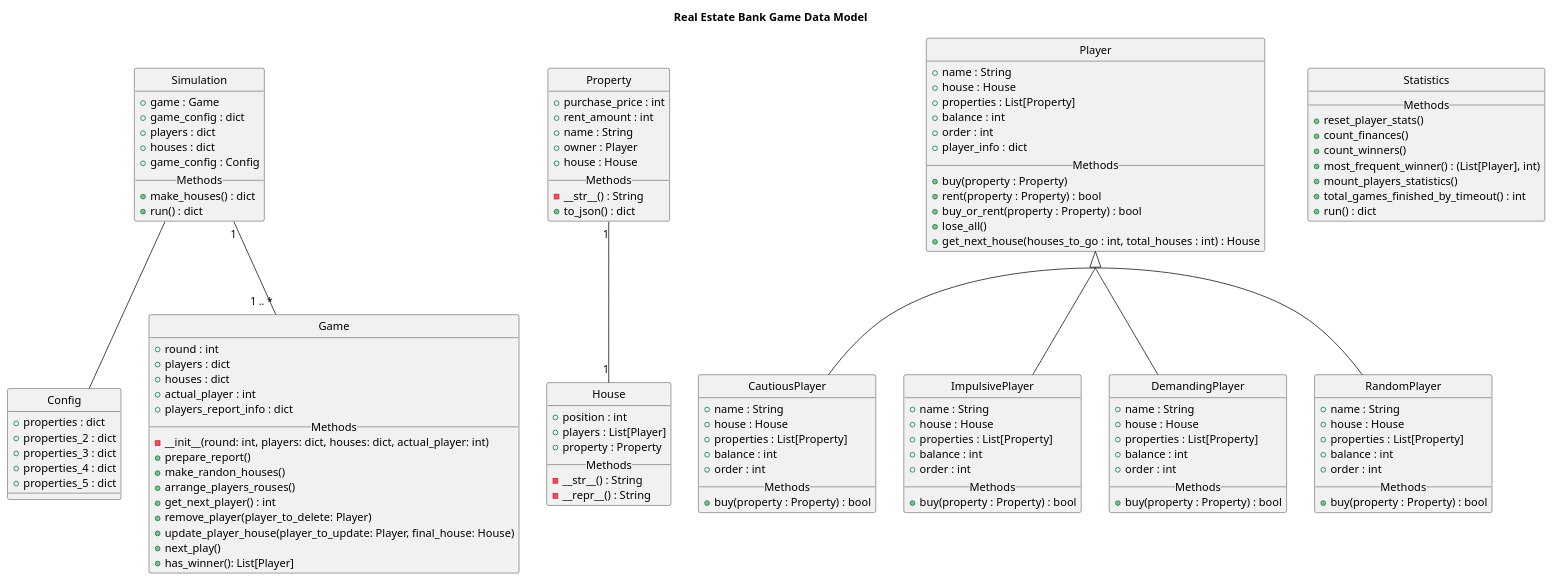
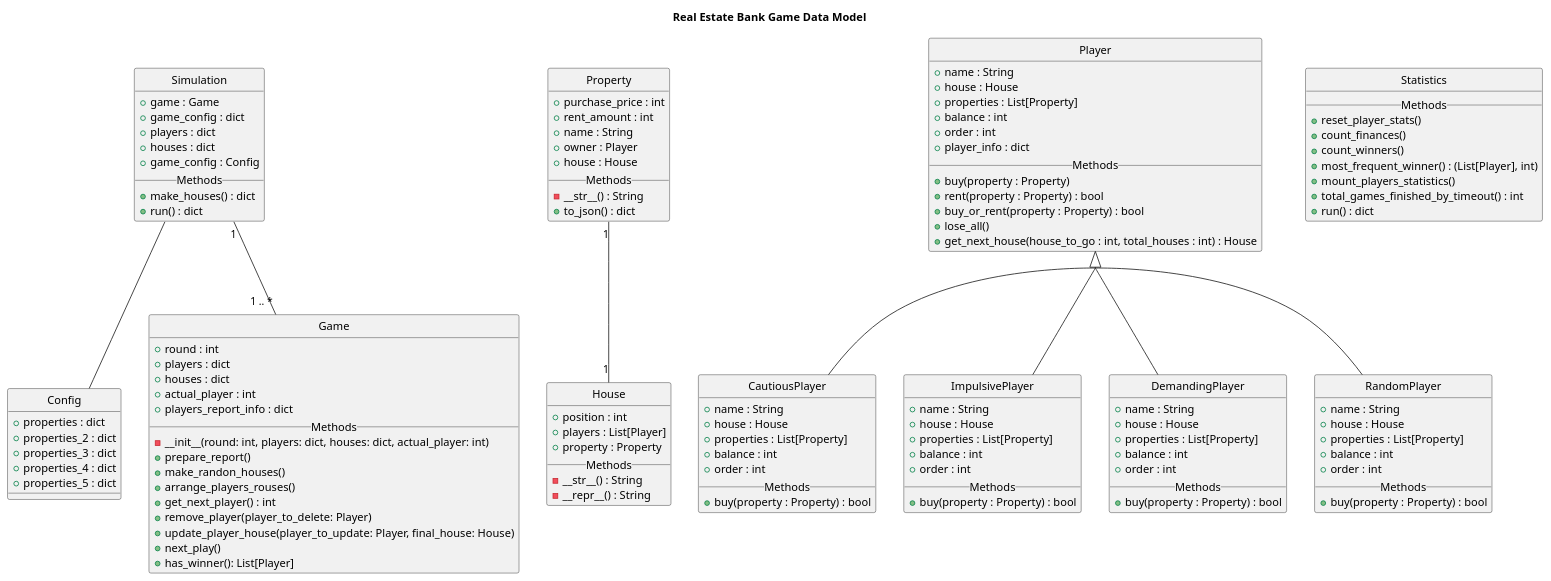
The diagram in docs/architecture/class_model.puml (aberriel/desafio_banco_imobiliario), drawn with PlantUML before and after one commit. The commit also changed 12 other files, not shown here.

```diff
--- a/docs/architecture/class_model.puml
+++ b/docs/architecture/class_model.puml
@@ -1,133 +1,133 @@
 @startuml
 title Real Estate Bank Game Data Model
 
 skinparam style strictuml
 skinparam groupInheritance 2
 
 class Config {
     +properties : dict
     +properties_2 : dict
     +properties_3 : dict
     +properties_4 : dict
     +properties_5 : dict
 }
 
 class Property {
     +purchase_price : int
     +rent_amount : int
     +name : String
     +owner : Player
     +house : House
     __ Methods __
     -__str__() : String
     +to_json() : dict
 }
 
 class House {
     +position : int
     +players : List[Player]
     +property : Property
     __ Methods __
     -__str__() : String
     -__repr__() : String
 }
 
 Property "1" -- "1" House
 
 class Game {
     +round : int
     +players : dict
     +houses : dict
     +actual_player : int
     +players_report_info : dict
     __ Methods __
     -__init__(round: int, players: dict, houses: dict, actual_player: int)
     +prepare_report()
     +make_randon_houses()
     +arrange_players_rouses()
     +get_next_player() : int
     +remove_player(player_to_delete: Player)
     +update_player_house(player_to_update: Player, final_house: House)
     +next_play()
     +has_winner(): List[Player]
 }
 
 class Player {
     +name : String
     +house : House
     +properties : List[Property]
     +balance : int
     +order : int
     +player_info : dict
     __ Methods __
     +buy(property : Property)
     +rent(property : Property) : bool
     +buy_or_rent(property : Property) : bool
     +lose_all()
-    +get_next_house(houses_to_go : int, total_houses : int) : House
+    +get_next_house(house_to_go : int, total_houses : int) : House
 }
 
 class CautiousPlayer extends Player {
     +name : String
     +house : House
     +properties : List[Property]
     +balance : int
     +order : int
     __ Methods __
     +buy(property : Property) : bool
 }
 class ImpulsivePlayer extends Player {
     +name : String
     +house : House
     +properties : List[Property]
     +balance : int
     +order : int
     __ Methods __
     +buy(property : Property) : bool
 }
 class DemandingPlayer extends Player {
     +name : String
     +house : House
     +properties : List[Property]
     +balance : int
     +order : int
     __ Methods __
     +buy(property : Property) : bool
 }
 class RandomPlayer extends Player {
     +name : String
     +house : House
     +properties : List[Property]
     +balance : int
     +order : int
     __ Methods __
     +buy(property : Property) : bool
 }
 
 class Simulation {
     +game : Game
     +game_config : dict
     +players : dict
     +houses : dict
     +game_config : Config
     __ Methods __
     +make_houses() : dict
     +run() : dict
 }
 
 Simulation "1" -- "1 .. *" Game
 Simulation -- Config
 
 class Statistics {
     __ Methods __
     +reset_player_stats()
     +count_finances()
     +count_winners()
     +most_frequent_winner() : (List[Player], int)
     +mount_players_statistics()
     +total_games_finished_by_timeout() : int
     +run() : dict
 }
 
 
 @enduml
```
